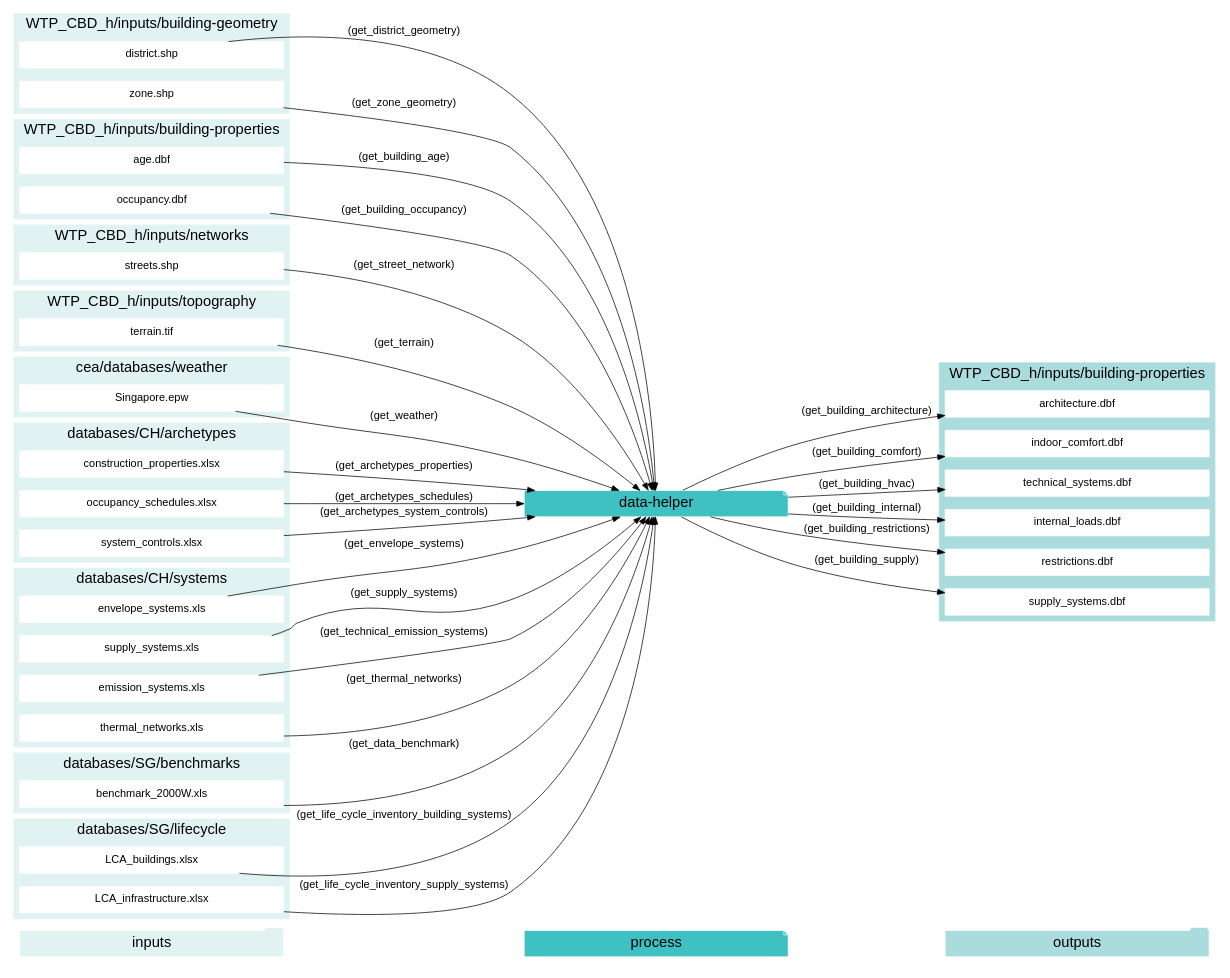
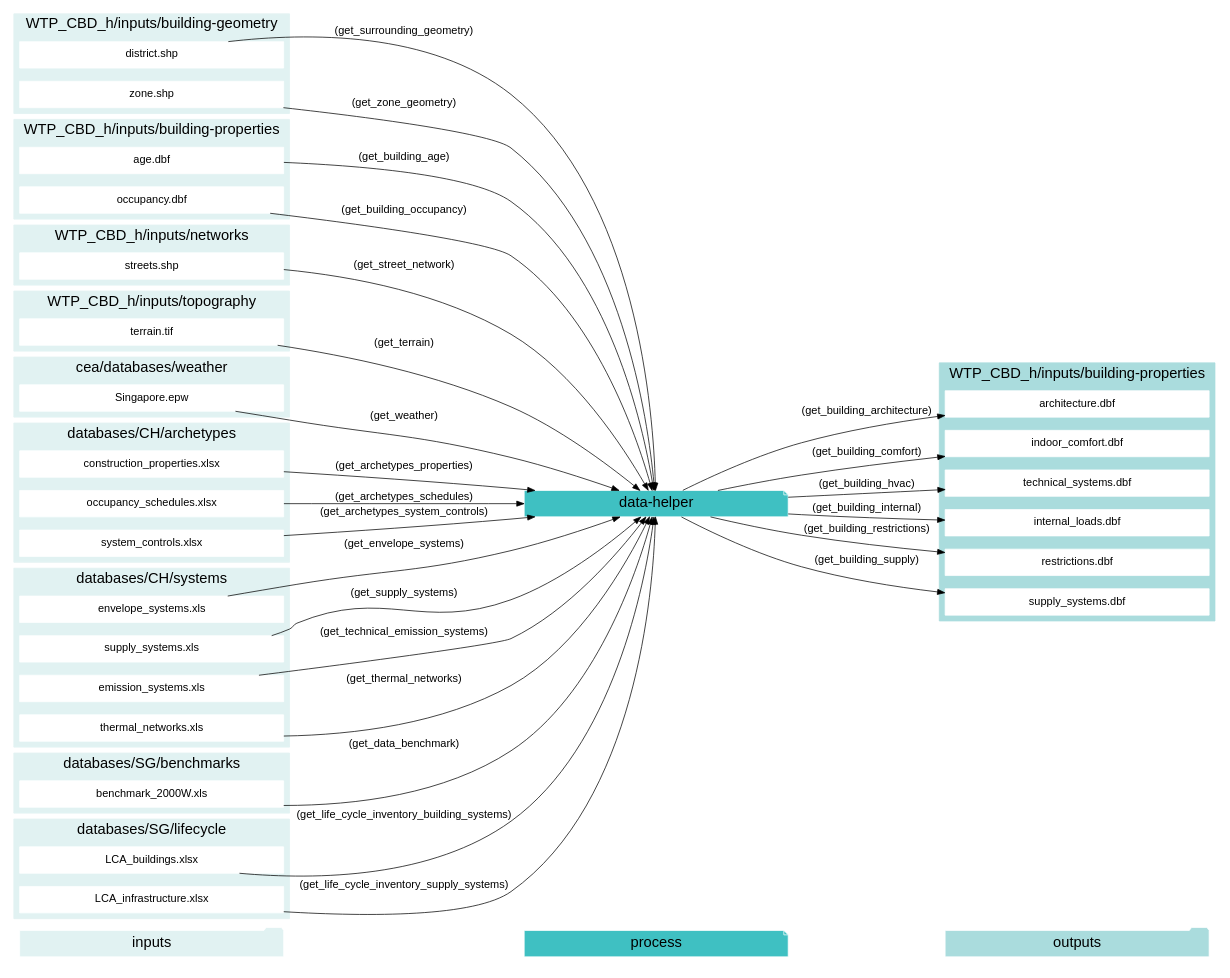
The second of 12 diagrams in docs/script-data-flow.rst (architecture-building-systems/CityEnergyAnalyst), drawn with Graphviz before and after one commit. The commit also changed other lines of this file and 9 other files, not shown here.

```diff
--- a/docs/script-data-flow.rst
+++ b/docs/script-data-flow.rst
@@ -266,7 +266,7 @@
     "age.dbf" -> "data-helper"[label="(get_building_age)"]
     "occupancy.dbf" -> "data-helper"[label="(get_building_occupancy)"]
     "benchmark_2000W.xls" -> "data-helper"[label="(get_data_benchmark)"]
-    "district.shp" -> "data-helper"[label="(get_district_geometry)"]
+    "district.shp" -> "data-helper"[label="(get_surrounding_geometry)"]
     "envelope_systems.xls" -> "data-helper"[label="(get_envelope_systems)"]
     "LCA_buildings.xlsx" -> "data-helper"[label="(get_life_cycle_inventory_building_systems)"]
     "LCA_infrastructure.xlsx" -> "data-helper"[label="(get_life_cycle_inventory_supply_systems)"]
```
